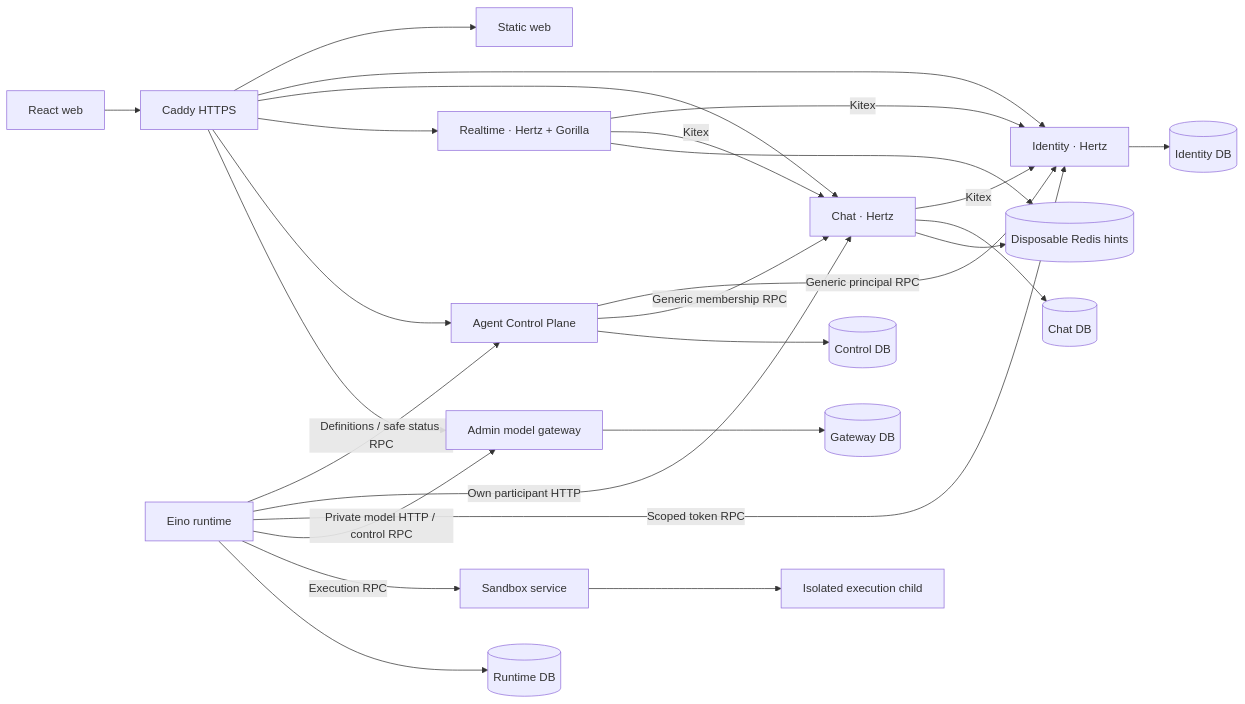
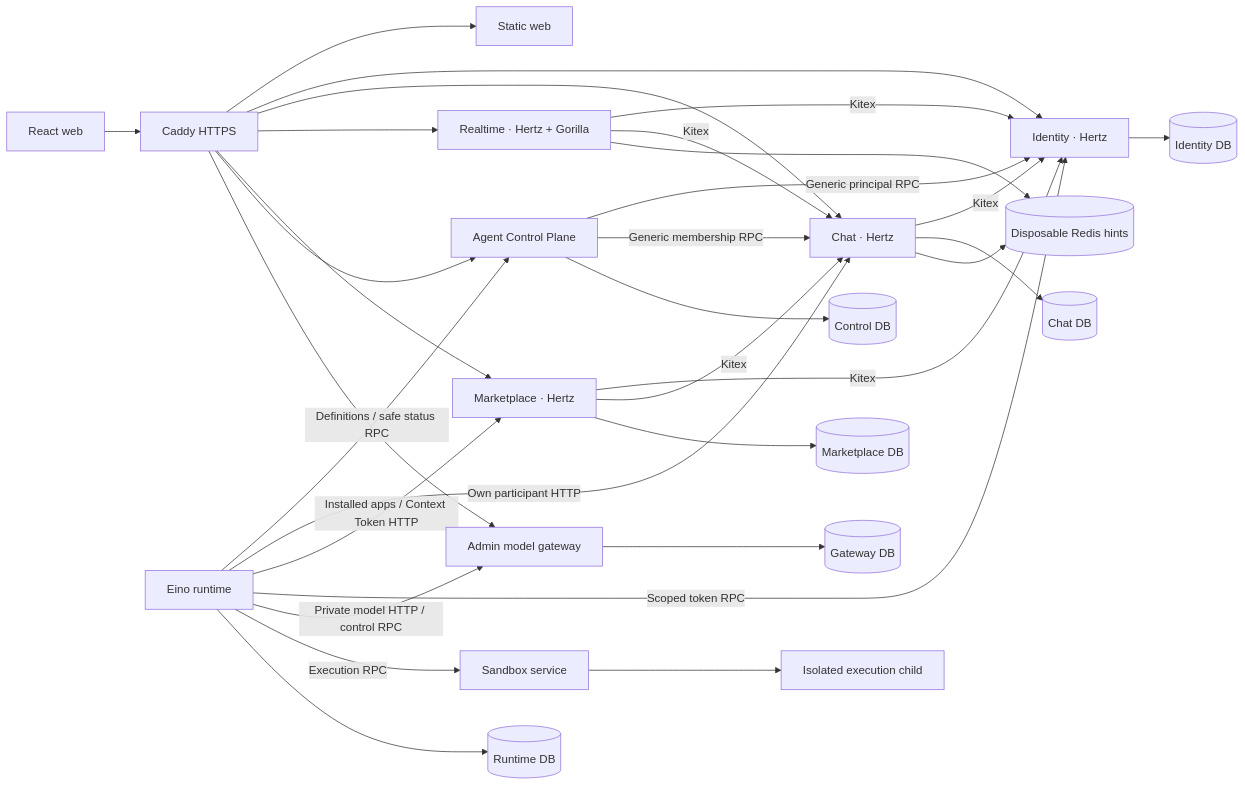
The diagram in docs/architecture/overview.md (zzqDeco/teamie), drawn with Mermaid before and after one commit. The commit also changed other lines of this file and 9 other files, not shown here.

````diff
--- a/docs/architecture/overview.md
+++ b/docs/architecture/overview.md
@@ -5,28 +5,33 @@
 ```mermaid
 flowchart LR
   Browser[React web] --> Edge[Caddy HTTPS]
   Edge --> Web[Static web]
   Edge --> Identity[Identity · Hertz]
   Edge --> Chat[Chat · Hertz]
   Edge --> RT[Realtime · Hertz + Gorilla]
+  Edge --> MP[Marketplace · Hertz]
   Edge --> CP[Agent Control Plane]
   Edge --> Gateway[Admin model gateway]
   Chat -->|Kitex| Identity
   RT -->|Kitex| Identity
   RT -->|Kitex| Chat
+  MP -->|Kitex| Identity
+  MP -->|Kitex| Chat
   CP -->|Generic principal RPC| Identity
   CP -->|Generic membership RPC| Chat
   Runtime[Eino runtime] -->|Definitions / safe status RPC| CP
   Runtime -->|Own participant HTTP| Chat
+  Runtime -->|Installed apps / Context Token HTTP| MP
   Runtime -->|Scoped token RPC| Identity
   Runtime -->|Private model HTTP / control RPC| Gateway
   Runtime -->|Execution RPC| Sandbox[Sandbox service]
   Sandbox --> Child[Isolated execution child]
   Identity --> IDB[(Identity DB)]
   Chat --> CDB[(Chat DB)]
+  MP --> MDB[(Marketplace DB)]
   CP --> ADB[(Control DB)]
   Runtime --> RDB[(Runtime DB)]
   Gateway --> GDB[(Gateway DB)]
   Chat --> Redis[(Disposable Redis hints)]
   RT --> Redis
 ```
````
